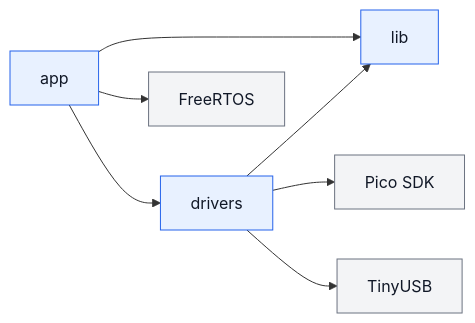
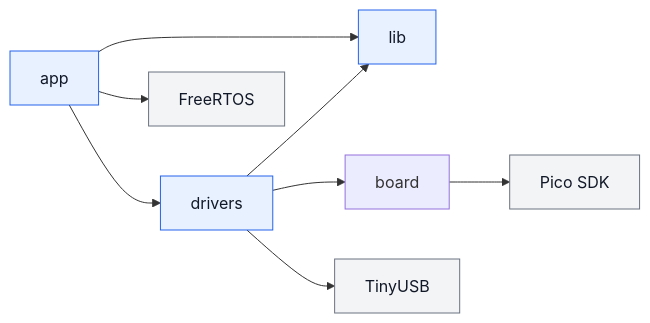
The diagram in docs/designs/architecture.md (starkensan/usb_midi_pedal), drawn with Mermaid before and after one commit. The commit also changed other lines of this file and 9 other files, not shown here.

````diff
--- a/docs/designs/architecture.md
+++ b/docs/designs/architecture.md
@@ -82,14 +85,15 @@
 ```mermaid
 flowchart LR
     app[app] --> lib[lib]
     app --> drivers[drivers]
     app --> freertos[FreeRTOS]
     drivers --> lib
-    drivers --> pico[Pico SDK]
+    drivers --> board[board]
+    board --> pico[Pico SDK]
     drivers --> tinyusb[TinyUSB]
 
     classDef internal fill:#e8f1ff,stroke:#2563eb,color:#111827
     classDef external fill:#f3f4f6,stroke:#6b7280,color:#111827
     class app,lib,drivers internal
     class freertos,pico,tinyusb external
 ```
````
